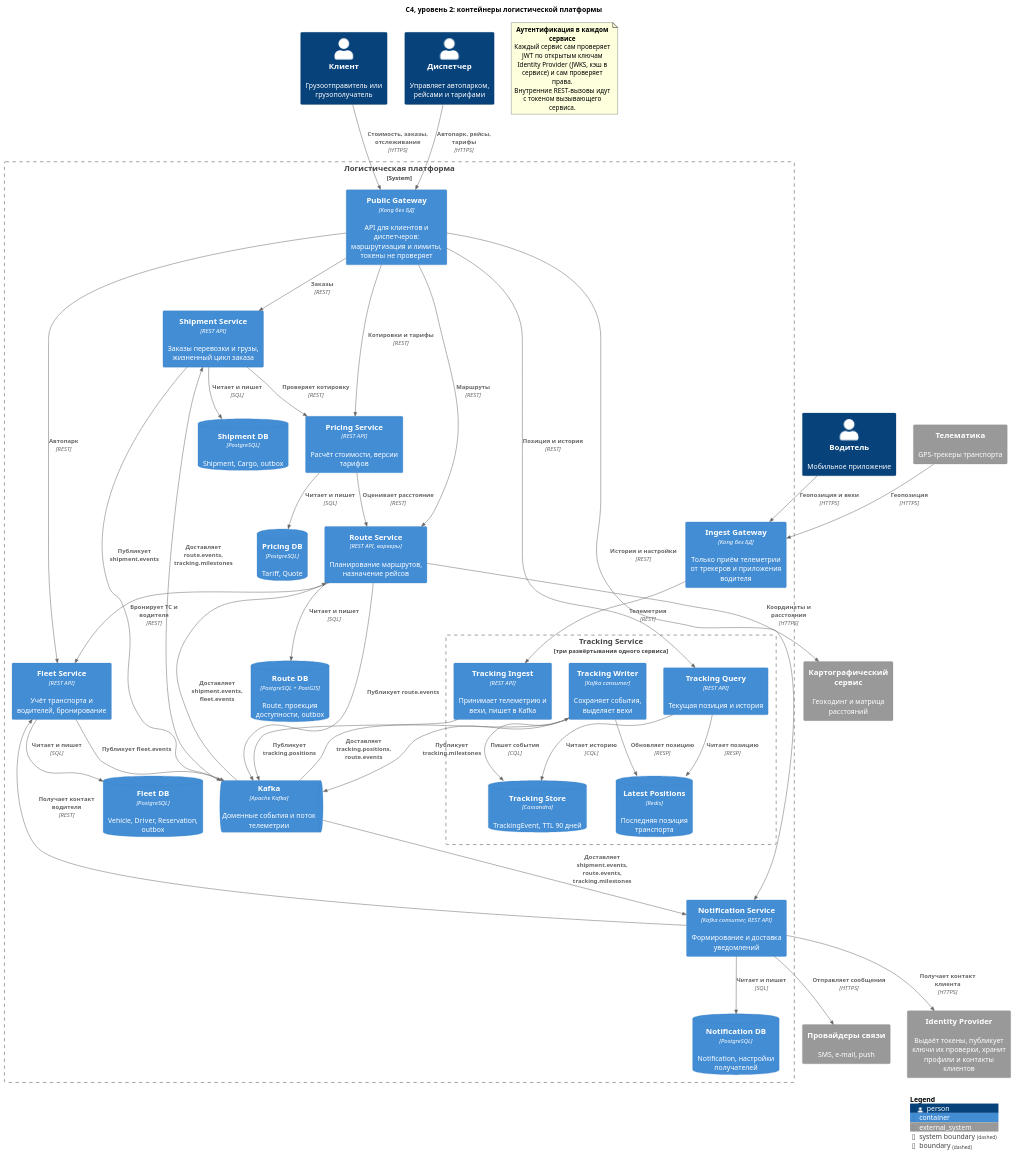
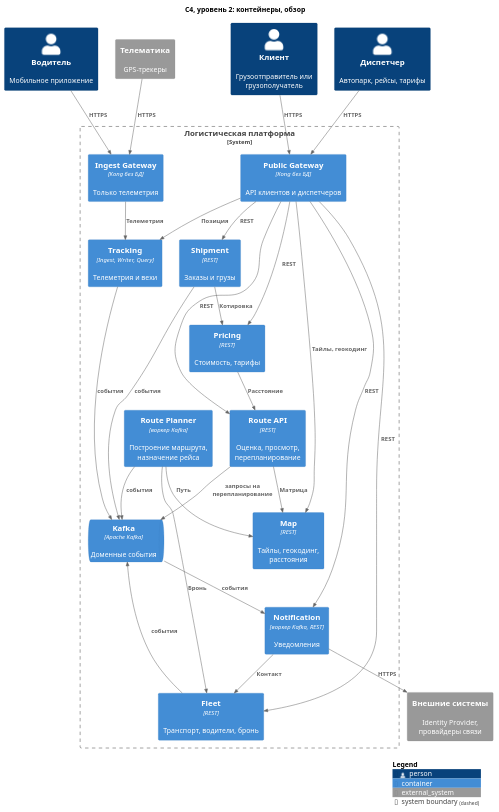
Before and after one commit to Yagiar/MicroservicesItmo: the diagram in 1_lab/diagrams/c4-container.puml, drawn with PlantUML. The commit also changed 18 other files, not shown here.

First line of the commit message:
Add C4 container diagrams for notification, orders, and tracking services; update existing diagrams and service documentation

```diff
--- a/1_lab/diagrams/c4-container.puml
+++ b/1_lab/diagrams/c4-container.puml
@@ -1,95 +1,61 @@
 @startuml c4-container
 !include <C4/C4_Container>
 
-title C4, уровень 2: контейнеры логистической платформы
+title C4, уровень 2: контейнеры, обзор
+
+' Обзорная схема: только контейнеры и направления вызовов.
+' Хранилища, топики и детали раскрыты во фрагментах c4-container-*.puml
 
 Person(customer, "Клиент", "Грузоотправитель или грузополучатель")
-Person(dispatcher, "Диспетчер", "Управляет автопарком, рейсами и тарифами")
+Person(dispatcher, "Диспетчер", "Автопарк, рейсы, тарифы")
 Person(driver, "Водитель", "Мобильное приложение")
-
-System_Ext(telematics, "Телематика", "GPS-трекеры транспорта")
-System_Ext(idp, "Identity Provider", "Выдаёт токены, публикует ключи их проверки, хранит профили и контакты клиентов")
-System_Ext(maps, "Картографический сервис", "Геокодинг и матрица расстояний")
-System_Ext(comms, "Провайдеры связи", "SMS, e-mail, push")
+System_Ext(telematics, "Телематика", "GPS-трекеры")
+System_Ext(external, "Внешние системы", "Identity Provider, провайдеры связи")
 
 System_Boundary(platform, "Логистическая платформа") {
-  Container(public_gw, "Public Gateway", "Kong без БД", "API для клиентов и диспетчеров: маршрутизация и лимиты, токены не проверяет")
-  Container(ingest_gw, "Ingest Gateway", "Kong без БД", "Только приём телеметрии от трекеров и приложения водителя")
+  Container(public_gw, "Public Gateway", "Kong без БД", "API клиентов и диспетчеров")
+  Container(ingest_gw, "Ingest Gateway", "Kong без БД", "Только телеметрия")
 
-  Container(shipment_svc, "Shipment Service", "REST API", "Заказы перевозки и грузы, жизненный цикл заказа")
-  ContainerDb(shipment_db, "Shipment DB", "PostgreSQL", "Shipment, Cargo, outbox")
+  Container(shipment_svc, "Shipment", "REST", "Заказы и грузы")
+  Container(pricing_svc, "Pricing", "REST", "Стоимость, тарифы")
+  Container(route_api, "Route API", "REST", "Оценка, просмотр, перепланирование")
+  Container(route_planner, "Route Planner", "воркер Kafka", "Построение маршрута, назначение рейса")
+  Container(fleet_svc, "Fleet", "REST", "Транспорт, водители, бронь")
+  Container(map_svc, "Map", "REST", "Тайлы, геокодинг, расстояния")
+  Container(tracking_svc, "Tracking", "Ingest, Writer, Query", "Телеметрия и вехи")
+  Container(notification_svc, "Notification", "воркер Kafka, REST", "Уведомления")
 
-  Container(pricing_svc, "Pricing Service", "REST API", "Расчёт стоимости, версии тарифов")
-  ContainerDb(pricing_db, "Pricing DB", "PostgreSQL", "Tariff, Quote")
-
-  Container(route_svc, "Route Service", "REST API, воркеры", "Планирование маршрутов, назначение рейсов")
-  ContainerDb(route_db, "Route DB", "PostgreSQL + PostGIS", "Route, проекция доступности, outbox")
-
-  Container(fleet_svc, "Fleet Service", "REST API", "Учёт транспорта и водителей, бронирование")
-  ContainerDb(fleet_db, "Fleet DB", "PostgreSQL", "Vehicle, Driver, Reservation, outbox")
-
-  Boundary(tracking_group, "Tracking Service", "три развёртывания одного сервиса") {
-    Container(tracking_ingest, "Tracking Ingest", "REST API", "Принимает телеметрию и вехи, пишет в Kafka")
-    Container(tracking_writer, "Tracking Writer", "Kafka consumer", "Сохраняет события, выделяет вехи")
-    Container(tracking_query, "Tracking Query", "REST API", "Текущая позиция и история")
-    ContainerDb(tracking_db, "Tracking Store", "Cassandra", "TrackingEvent, TTL 90 дней")
-    ContainerDb(tracking_cache, "Latest Positions", "Redis", "Последняя позиция транспорта")
-  }
-
-  Container(notification_svc, "Notification Service", "Kafka consumer, REST API", "Формирование и доставка уведомлений")
-  ContainerDb(notification_db, "Notification DB", "PostgreSQL", "Notification, настройки получателей")
-
-  ContainerQueue(kafka, "Kafka", "Apache Kafka", "Доменные события и поток телеметрии")
+  ContainerQueue(kafka, "Kafka", "Apache Kafka", "Доменные события")
 }
 
-Rel(customer, public_gw, "Стоимость, заказы, отслеживание", "HTTPS")
-Rel(dispatcher, public_gw, "Автопарк, рейсы, тарифы", "HTTPS")
-Rel(driver, ingest_gw, "Геопозиция и вехи", "HTTPS")
-Rel(telematics, ingest_gw, "Геопозиция", "HTTPS")
+Rel(customer, public_gw, "HTTPS")
+Rel(dispatcher, public_gw, "HTTPS")
+Rel(driver, ingest_gw, "HTTPS")
+Rel(telematics, ingest_gw, "HTTPS")
 
-Rel(public_gw, shipment_svc, "Заказы", "REST")
-Rel(public_gw, pricing_svc, "Котировки и тарифы", "REST")
-Rel(public_gw, route_svc, "Маршруты", "REST")
-Rel(public_gw, fleet_svc, "Автопарк", "REST")
-Rel(ingest_gw, tracking_ingest, "Телеметрия", "REST")
-Rel(public_gw, tracking_query, "Позиция и история", "REST")
-Rel(public_gw, notification_svc, "История и настройки", "REST")
+Rel(public_gw, shipment_svc, "REST")
+Rel(public_gw, pricing_svc, "REST")
+Rel(public_gw, route_api, "REST")
+Rel(public_gw, fleet_svc, "REST")
+Rel(public_gw, map_svc, "Тайлы, геокодинг")
+Rel(public_gw, tracking_svc, "Позиция")
+Rel(public_gw, notification_svc, "REST")
+Rel(ingest_gw, tracking_svc, "Телеметрия")
 
-Rel(shipment_svc, pricing_svc, "Проверяет котировку", "REST")
-Rel(pricing_svc, route_svc, "Оценивает расстояние", "REST")
-Rel(route_svc, fleet_svc, "Бронирует ТС и водителя", "REST")
-Rel(notification_svc, fleet_svc, "Получает контакт водителя", "REST")
+Rel(shipment_svc, pricing_svc, "Котировка")
+Rel(pricing_svc, route_api, "Расстояние")
+Rel(route_api, map_svc, "Матрица")
+Rel(route_planner, map_svc, "Путь")
+Rel(route_planner, fleet_svc, "Бронь")
+Rel(notification_svc, fleet_svc, "Контакт")
+Rel(notification_svc, external, "HTTPS")
 
-Rel(route_svc, maps, "Координаты и расстояния", "HTTPS")
-Rel(notification_svc, comms, "Отправляет сообщения", "HTTPS")
-Rel(notification_svc, idp, "Получает контакт клиента", "HTTPS")
-
-Rel(shipment_svc, shipment_db, "Читает и пишет", "SQL")
-Rel(pricing_svc, pricing_db, "Читает и пишет", "SQL")
-Rel(route_svc, route_db, "Читает и пишет", "SQL")
-Rel(fleet_svc, fleet_db, "Читает и пишет", "SQL")
-Rel(notification_svc, notification_db, "Читает и пишет", "SQL")
-Rel(tracking_writer, tracking_db, "Пишет события", "CQL")
-Rel(tracking_writer, tracking_cache, "Обновляет позицию", "RESP")
-Rel(tracking_query, tracking_db, "Читает историю", "CQL")
-Rel(tracking_query, tracking_cache, "Читает позицию", "RESP")
-
-Rel(shipment_svc, kafka, "Публикует shipment.events")
-Rel(kafka, shipment_svc, "Доставляет route.events, tracking.milestones")
-Rel(route_svc, kafka, "Публикует route.events")
-Rel(kafka, route_svc, "Доставляет shipment.events, fleet.events")
-Rel(fleet_svc, kafka, "Публикует fleet.events")
-Rel(tracking_ingest, kafka, "Публикует tracking.positions")
-Rel(kafka, tracking_writer, "Доставляет tracking.positions, route.events")
-Rel(tracking_writer, kafka, "Публикует tracking.milestones")
-Rel(kafka, notification_svc, "Доставляет shipment.events, route.events, tracking.milestones")
-
-note as auth_note
-  <b>Аутентификация в каждом сервисе</b>
-  Каждый сервис сам проверяет JWT по открытым ключам
-  Identity Provider (JWKS, кэш в сервисе) и сам проверяет права.
-  Внутренние REST-вызовы идут с токеном вызывающего сервиса.
-end note
+Rel(shipment_svc, kafka, "события")
+Rel(route_api, kafka, "запросы на перепланирование")
+Rel(route_planner, kafka, "события")
+Rel(fleet_svc, kafka, "события")
+Rel(tracking_svc, kafka, "события")
+Rel(kafka, notification_svc, "события")
 
 SHOW_LEGEND()
 @enduml
```
